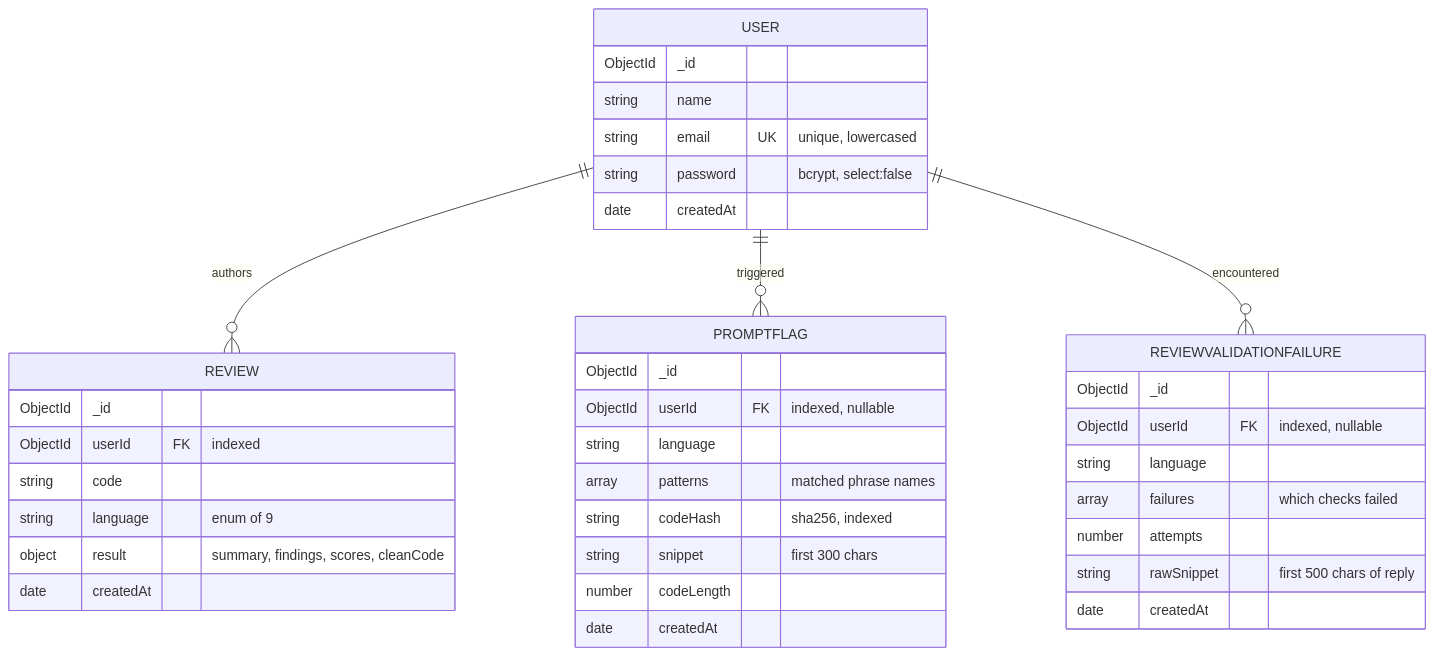
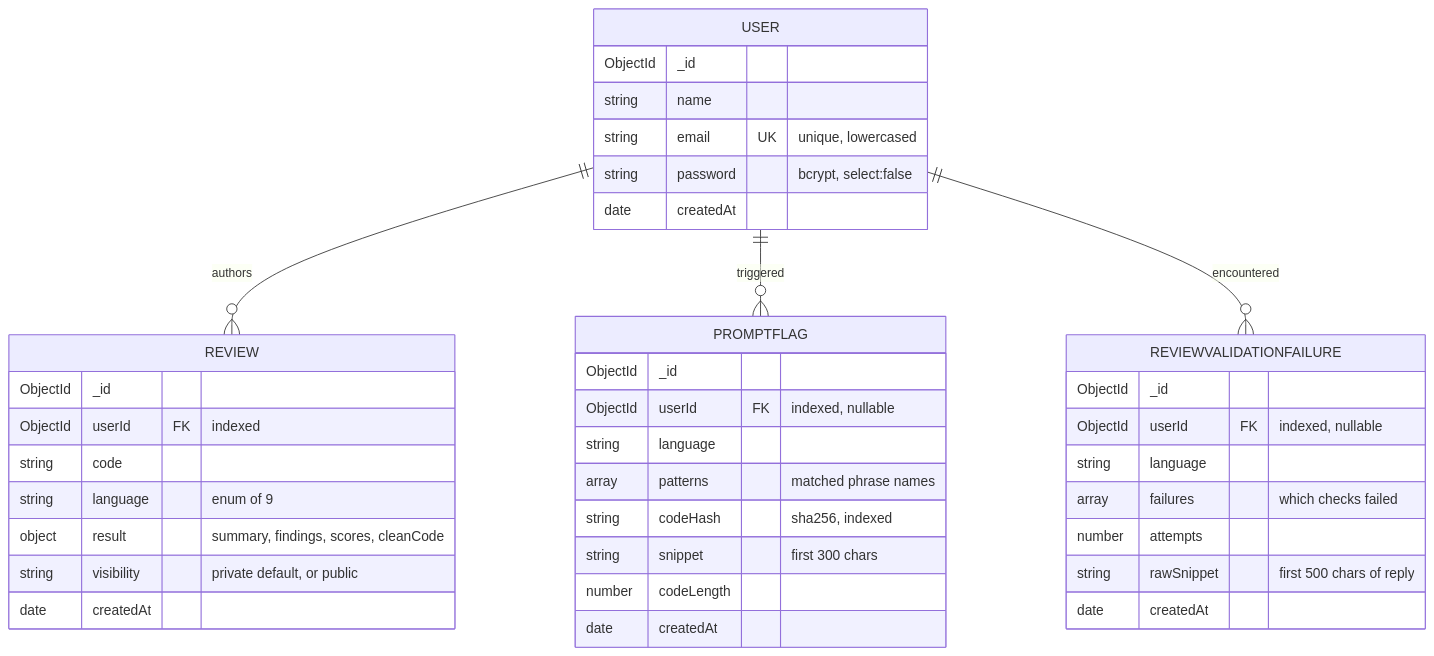
One commit to harshhhhss/DevLens changed the fifth of 7 diagrams in ARCHITECTURE.md. Above: the diagram before and after it, drawn with Mermaid. The commit also changed other lines of this file and 1 other file, not shown here.

Commit message:
docs: document public sharing and the landing page

````diff
--- a/ARCHITECTURE.md
+++ b/ARCHITECTURE.md
@@ -202,41 +202,42 @@
 ```mermaid
 erDiagram
     USER ||--o{ REVIEW : "authors"
     USER ||--o{ PROMPTFLAG : "triggered"
     USER ||--o{ REVIEWVALIDATIONFAILURE : "encountered"
 
     USER {
         ObjectId _id
         string name
         string email UK "unique, lowercased"
         string password "bcrypt, select:false"
         date createdAt
     }
     REVIEW {
         ObjectId _id
         ObjectId userId FK "indexed"
         string code
         string language "enum of 9"
         object result "summary, findings, scores, cleanCode"
+        string visibility "private default, or public"
         date createdAt
     }
     PROMPTFLAG {
         ObjectId _id
         ObjectId userId FK "indexed, nullable"
         string language
         array patterns "matched phrase names"
         string codeHash "sha256, indexed"
         string snippet "first 300 chars"
         number codeLength
         date createdAt
     }
     REVIEWVALIDATIONFAILURE {
         ObjectId _id
         ObjectId userId FK "indexed, nullable"
         string language
         array failures "which checks failed"
         number attempts
         string rawSnippet "first 500 chars of reply"
         date createdAt
     }
 ```
````
